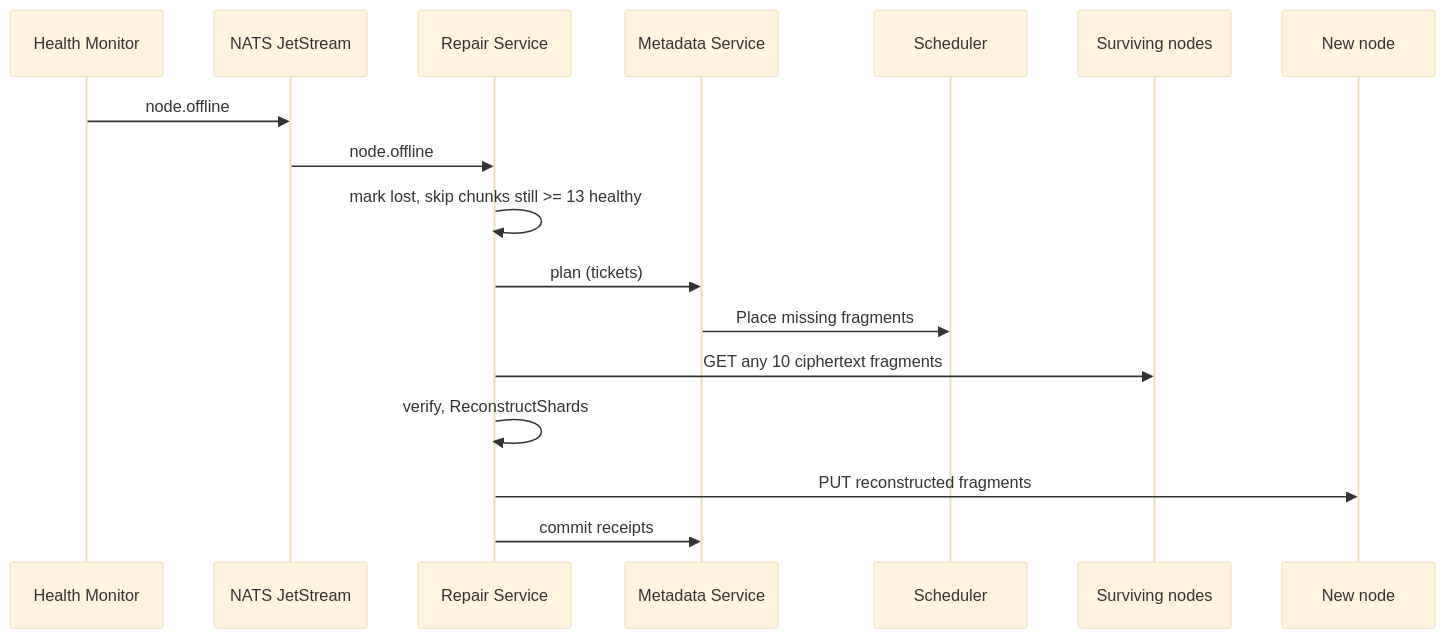
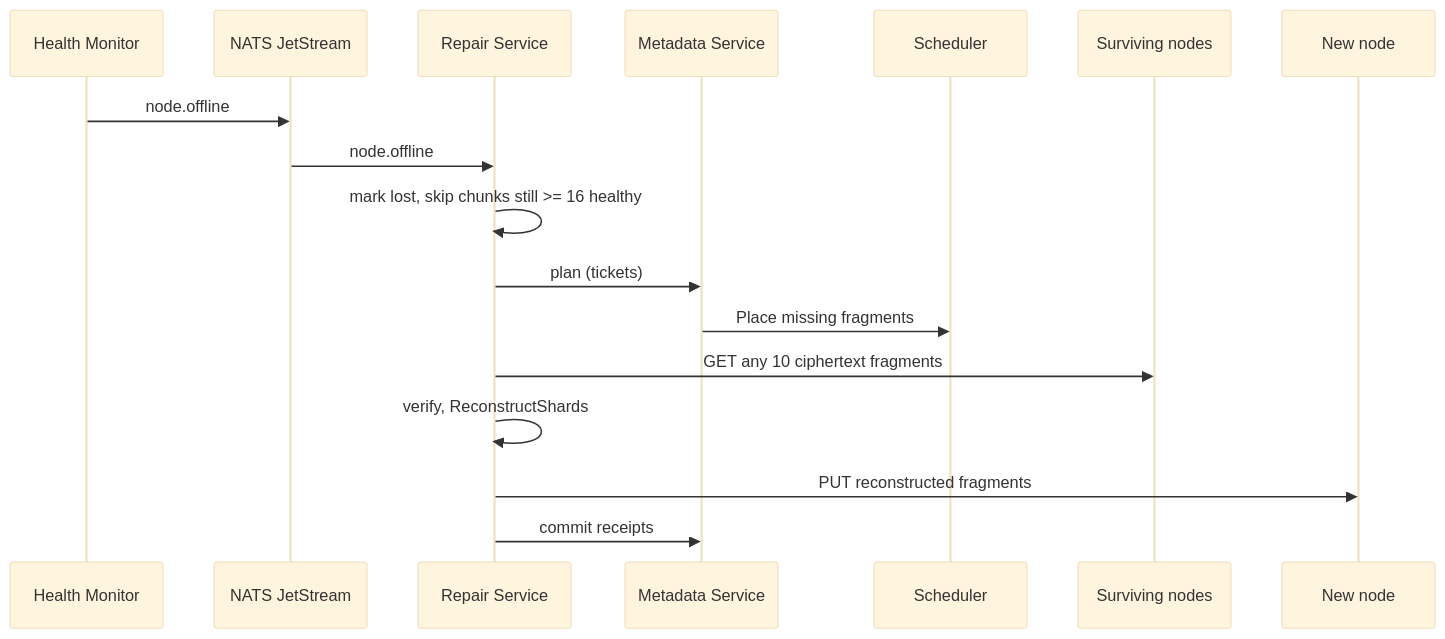
Before and after one commit to Rramka/distributed-storage-platform: the diagram in knowledge-base/Flows/Repair Loop.md, drawn with Mermaid (base theme). The commit also changed 31 other files, not shown here.

````diff
--- a/knowledge-base/Flows/Repair Loop.md
+++ b/knowledge-base/Flows/Repair Loop.md
@@ -13,20 +13,20 @@
 ```mermaid
 sequenceDiagram
     participant HM as Health Monitor
     participant Q as NATS JetStream
     participant RW as Repair Service
     participant MD as Metadata Service
     participant SC as Scheduler
     participant SN as Surviving nodes
     participant NN as New node
 
     HM->>Q: node.offline
     Q->>RW: node.offline
-    RW->>RW: mark lost, skip chunks still >= 13 healthy
+    RW->>RW: mark lost, skip chunks still >= 16 healthy
     RW->>MD: plan (tickets)
     MD->>SC: Place missing fragments
     RW->>SN: GET any 10 ciphertext fragments
     RW->>RW: verify, ReconstructShards
     RW->>NN: PUT reconstructed fragments
     RW->>MD: commit receipts
 ```
````
